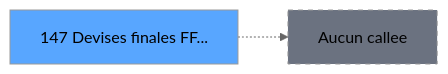
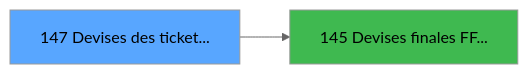
One commit to thonyAGP/lecteur-magic changed the third of 3 diagrams in .openspec/specs/ADH-IDE-147.md. Above: the diagram before and after it, drawn with Mermaid (neutral theme). The commit also changed other lines of this file and 493 other files, not shown here.

````diff
--- a/.openspec/specs/ADH-IDE-147.md
+++ b/.openspec/specs/ADH-IDE-147.md
@@ -168,8 +397,8 @@
 ```mermaid
 graph LR
-    T147[147 Devises finales FF...]
+    T147[147 Devises des ticket...]
     style T147 fill:#58a6ff
-    NONE[Aucun callee]
-    T147 -.-> NONE
-    style NONE fill:#6b7280,stroke-dasharray: 5 5
+    C145[145 Devises finales FF...]
+    T147 --> C145
+    style C145 fill:#3fb950
 ```
````
